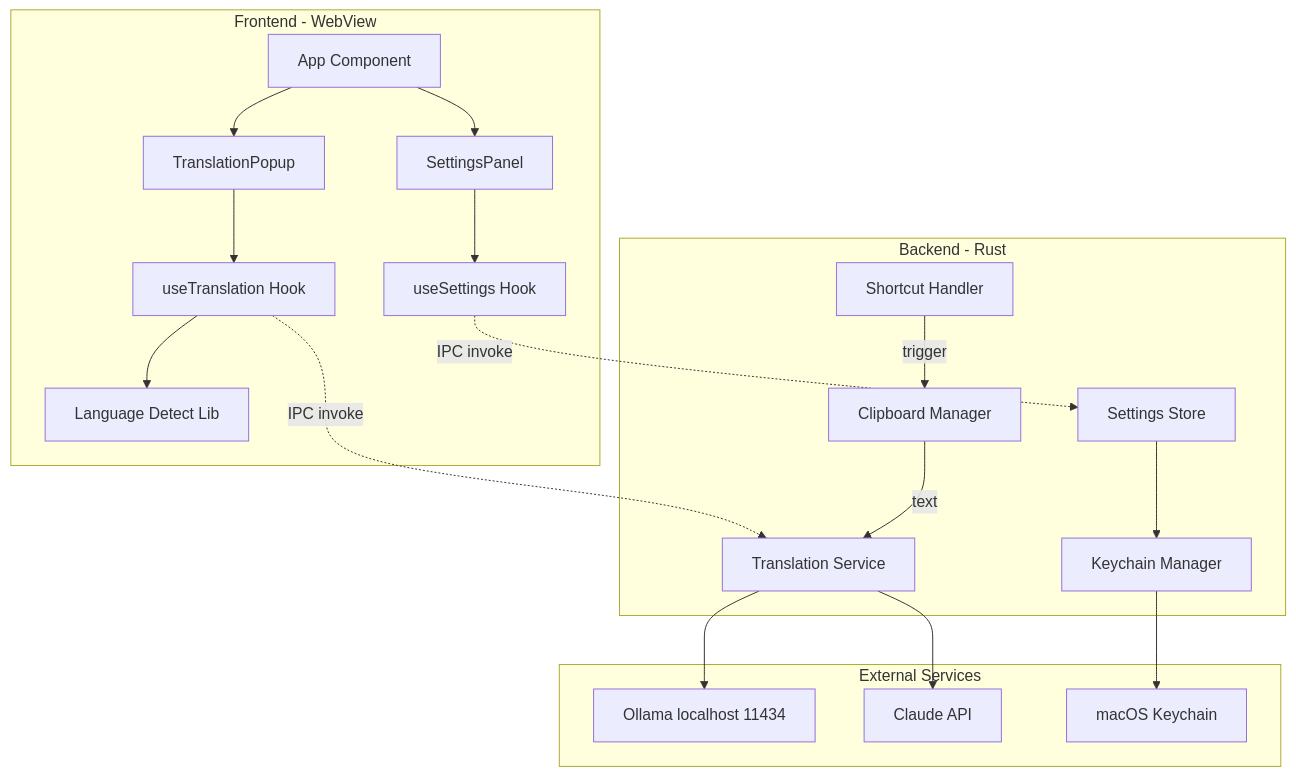
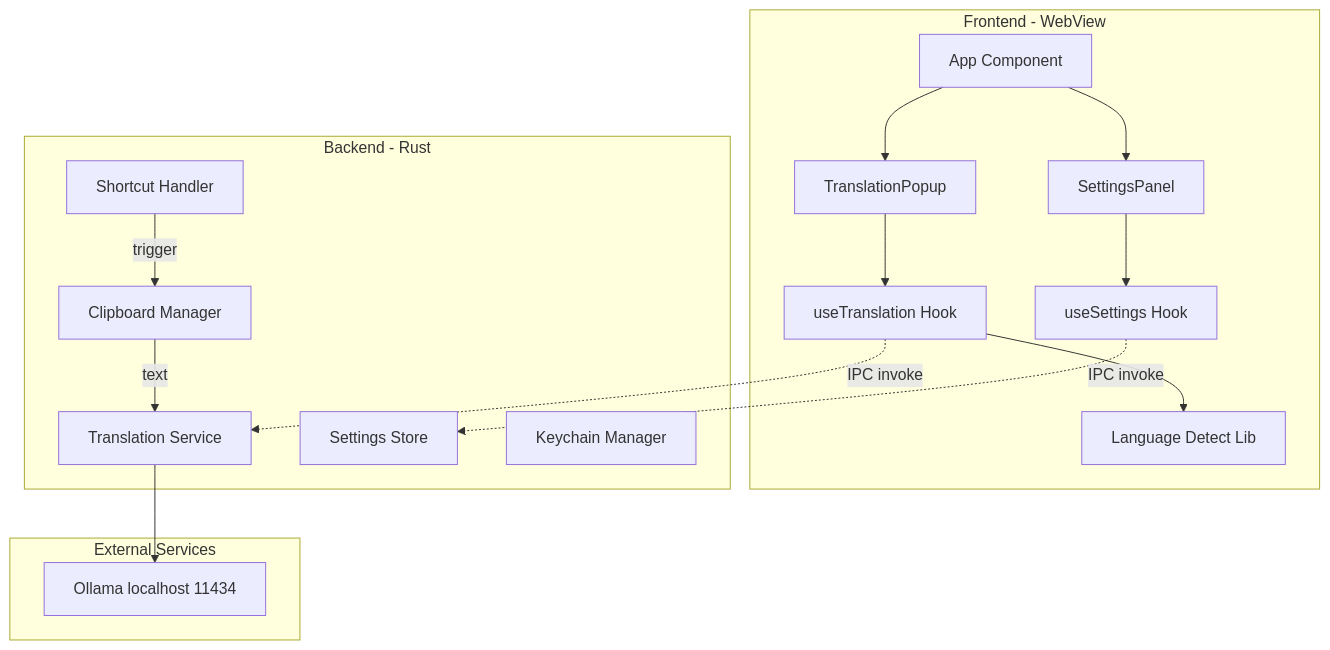
The first of 3 diagrams in .kiro/specs/ai-translation-desktop/design.md (sk8metalme/honnyaku), drawn with Mermaid before and after one commit. The commit also changed other lines of this file and 4 other files, not shown here.

````diff
--- a/.kiro/specs/ai-translation-desktop/design.md
+++ b/.kiro/specs/ai-translation-desktop/design.md
@@ -32,41 +32,36 @@
 ```mermaid
 graph TB
     subgraph Frontend[Frontend - WebView]
         App[App Component]
         TranslationPopup[TranslationPopup]
         SettingsPanel[SettingsPanel]
         useTranslation[useTranslation Hook]
         useSettings[useSettings Hook]
         languageDetect[Language Detect Lib]
     end
 
     subgraph Backend[Backend - Rust]
         ShortcutHandler[Shortcut Handler]
         ClipboardManager[Clipboard Manager]
         TranslationService[Translation Service]
         SettingsStore[Settings Store]
         KeychainManager[Keychain Manager]
     end
 
     subgraph External[External Services]
         Ollama[Ollama localhost 11434]
-        ClaudeAPI[Claude API]
-        macOSKeychain[macOS Keychain]
     end
 
     App --> TranslationPopup
     App --> SettingsPanel
     TranslationPopup --> useTranslation
     SettingsPanel --> useSettings
     useTranslation --> languageDetect
 
     useTranslation -.->|IPC invoke| TranslationService
     useSettings -.->|IPC invoke| SettingsStore
 
     ShortcutHandler -->|trigger| ClipboardManager
     ClipboardManager -->|text| TranslationService
     TranslationService --> Ollama
-    TranslationService --> ClaudeAPI
-    SettingsStore --> KeychainManager
-    KeychainManager --> macOSKeychain
 ```
````
